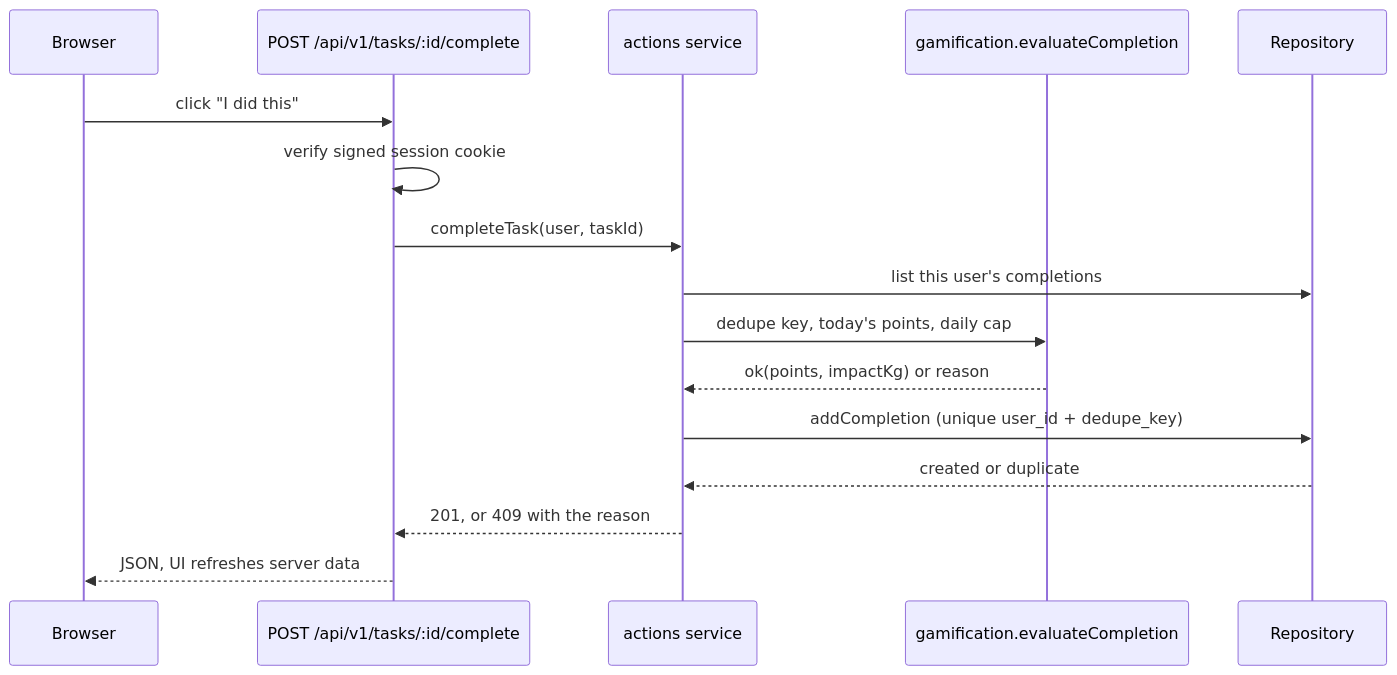
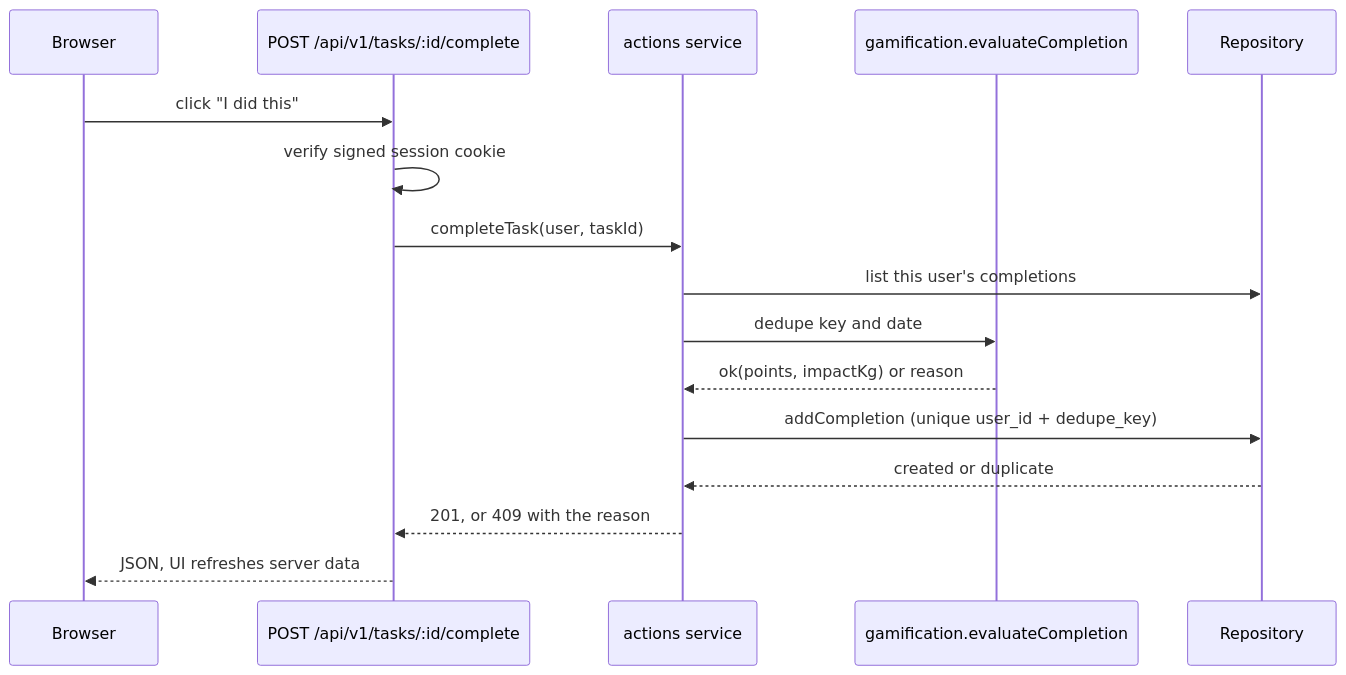
Before and after one commit to bharathvaj125/Life-os: the second of 3 diagrams in README.md, drawn with Mermaid. The commit also changed other lines of this file and 9 other files, not shown here.

````diff
--- a/README.md
+++ b/README.md
@@ -117,18 +117,18 @@
 ```mermaid
 sequenceDiagram
   participant B as Browser
   participant R as POST /api/v1/tasks/:id/complete
   participant S as actions service
   participant D as gamification.evaluateCompletion
   participant DB as Repository
   B->>R: click "I did this"
   R->>R: verify signed session cookie
   R->>S: completeTask(user, taskId)
   S->>DB: list this user's completions
-  S->>D: dedupe key, today's points, daily cap
+  S->>D: dedupe key and date
   D-->>S: ok(points, impactKg) or reason
   S->>DB: addCompletion (unique user_id + dedupe_key)
   DB-->>S: created or duplicate
   S-->>R: 201, or 409 with the reason
   R-->>B: JSON, UI refreshes server data
 ```
````
